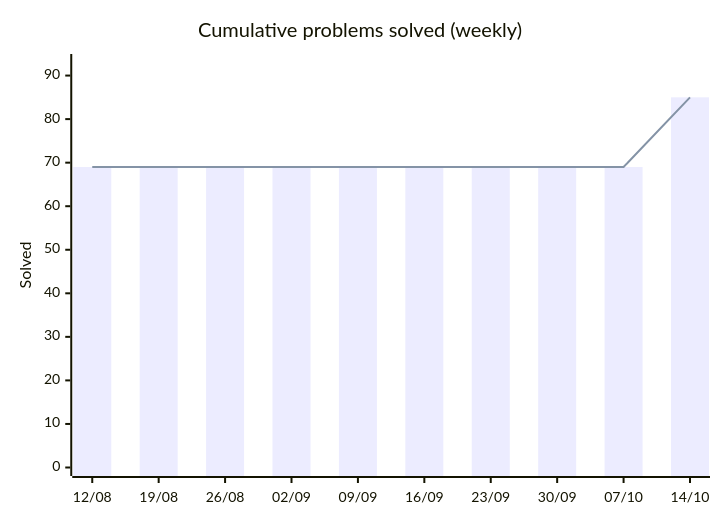
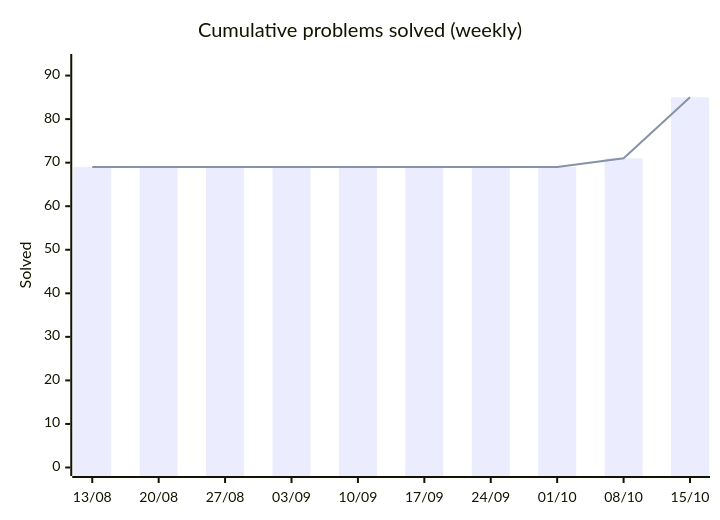
The first of 2 diagrams in README.md (HarryTrn/TensorTonic-Solutions), drawn with Mermaid before and after one commit. The commit also changed other lines of this file, not shown here.

Commit message:
docs: auto-update README [skip ci]

````diff
--- a/README.md
+++ b/README.md
@@ -65,8 +65,8 @@
 ```mermaid
 xychart-beta
     title "Cumulative problems solved (weekly)"
-    x-axis ["12/08", "19/08", "26/08", "02/09", "09/09", "16/09", "23/09", "30/09", "07/10", "14/10"]
+    x-axis ["13/08", "20/08", "27/08", "03/09", "10/09", "17/09", "24/09", "01/10", "08/10", "15/10"]
     y-axis "Solved" 0 --> 93
-    bar [69, 69, 69, 69, 69, 69, 69, 69, 69, 85]
-    line [69, 69, 69, 69, 69, 69, 69, 69, 69, 85]
+    bar [69, 69, 69, 69, 69, 69, 69, 69, 71, 85]
+    line [69, 69, 69, 69, 69, 69, 69, 69, 71, 85]
 ```
````
